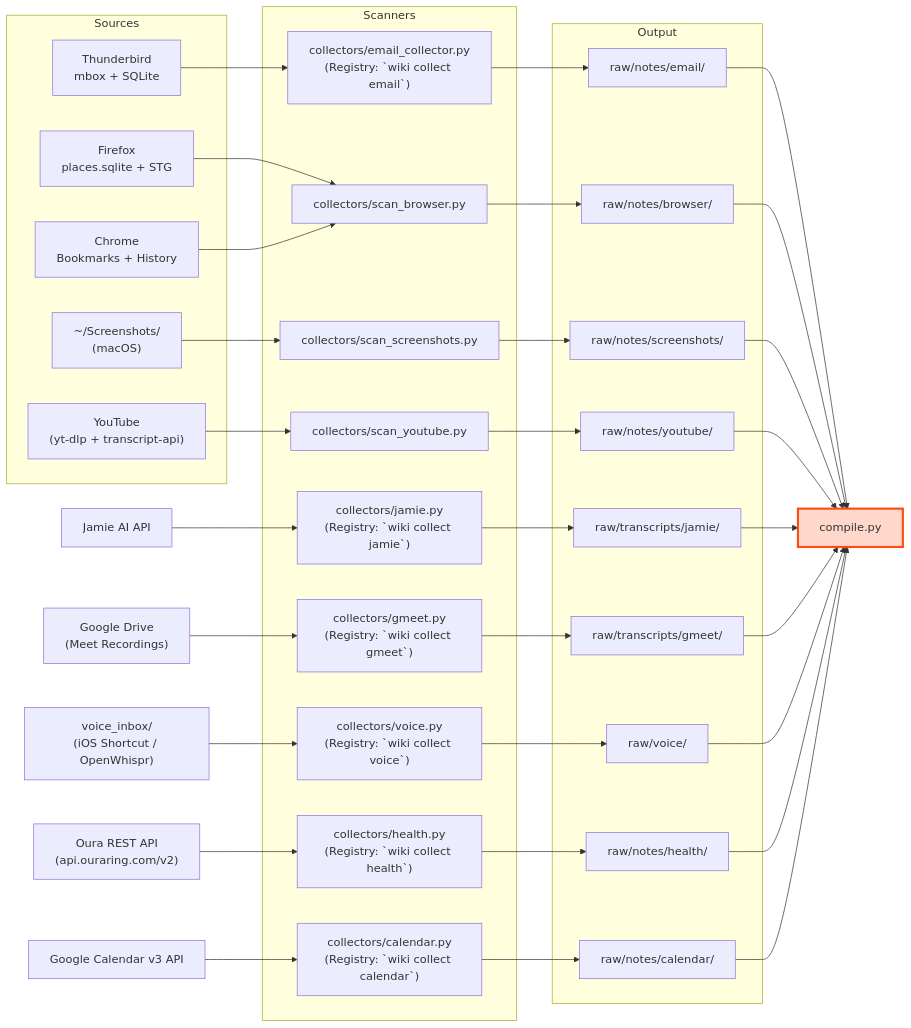
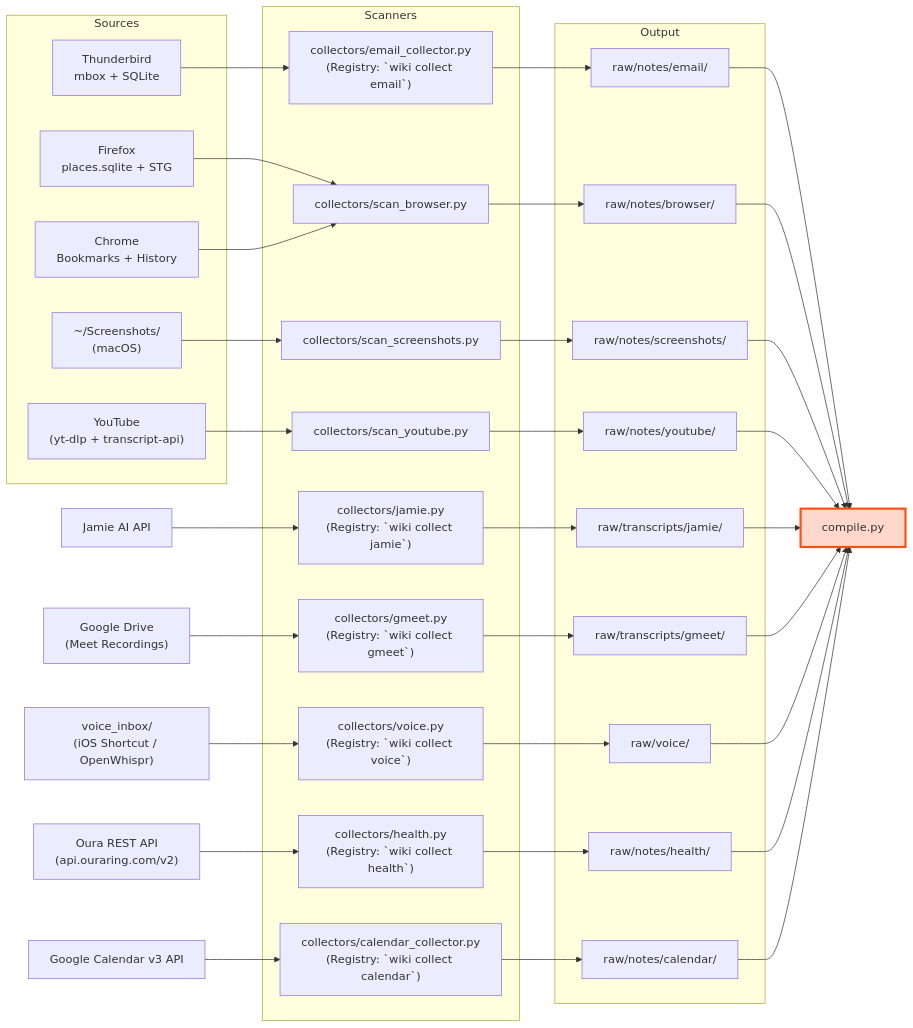
The fourth of 14 diagrams in docs/PROCESS.md (lx-0/llm-wiki), drawn with Mermaid before and after one commit. The commit also changed other lines of this file and 6 other files, not shown here.

````diff
--- a/docs/PROCESS.md
+++ b/docs/PROCESS.md
@@ -343,57 +343,57 @@
 ```mermaid
 flowchart LR
     subgraph Sources
         TB["Thunderbird\nmbox + SQLite"]
         FF["Firefox\nplaces.sqlite + STG"]
         CH["Chrome\nBookmarks + History"]
         SS["~/Screenshots/\n(macOS)"]
         YT["YouTube\n(yt-dlp + transcript-api)"]
     end
 
     subgraph Scanners
         SE["collectors/email_collector.py\n(Registry: `wiki collect email`)"]
         SJ["collectors/jamie.py\n(Registry: `wiki collect jamie`)"]
         SG["collectors/gmeet.py\n(Registry: `wiki collect gmeet`)"]
         SV["collectors/voice.py\n(Registry: `wiki collect voice`)"]
         SH["collectors/health.py\n(Registry: `wiki collect health`)"]
-        SC["collectors/calendar.py\n(Registry: `wiki collect calendar`)"]
+        SC["collectors/calendar_collector.py\n(Registry: `wiki collect calendar`)"]
         SB["collectors/scan_browser.py"]
         SCR["collectors/scan_screenshots.py"]
         SY["collectors/scan_youtube.py"]
     end
 
     subgraph Output
         RE["raw/notes/email/"]
         RJ["raw/transcripts/jamie/"]
         RG["raw/transcripts/gmeet/"]
         RV["raw/voice/"]
         RH["raw/notes/health/"]
         RC["raw/notes/calendar/"]
         RB["raw/notes/browser/"]
         RS["raw/notes/screenshots/"]
         RY["raw/notes/youtube/"]
     end
 
     TB --> SE --> RE
     JA["Jamie AI API"] --> SJ --> RJ
     DR["Google Drive\n(Meet Recordings)"] --> SG --> RG
     VI["voice_inbox/\n(iOS Shortcut / OpenWhispr)"] --> SV --> RV
     OU["Oura REST API\n(api.ouraring.com/v2)"] --> SH --> RH
     GC["Google Calendar v3 API"] --> SC --> RC
     FF --> SB --> RB
     CH --> SB
     SS --> SCR --> RS
     YT --> SY --> RY
 
     RE --> COMPILE["compile.py"]
     RJ --> COMPILE
     RG --> COMPILE
     RV --> COMPILE
     RH --> COMPILE
     RC --> COMPILE
     RB --> COMPILE
     RS --> COMPILE
     RY --> COMPILE
 
     style COMPILE fill:#FFD8CB,stroke:#FC4E14,stroke-width:3px
 ```
````
